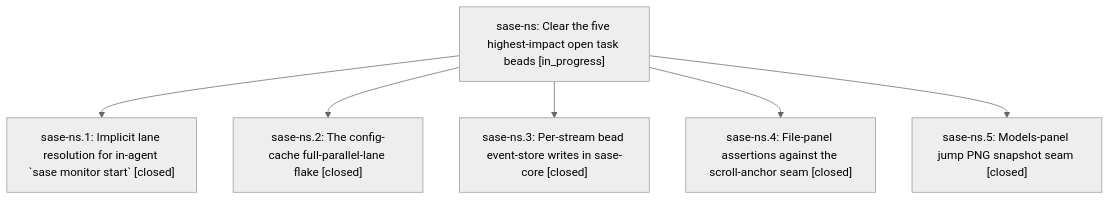
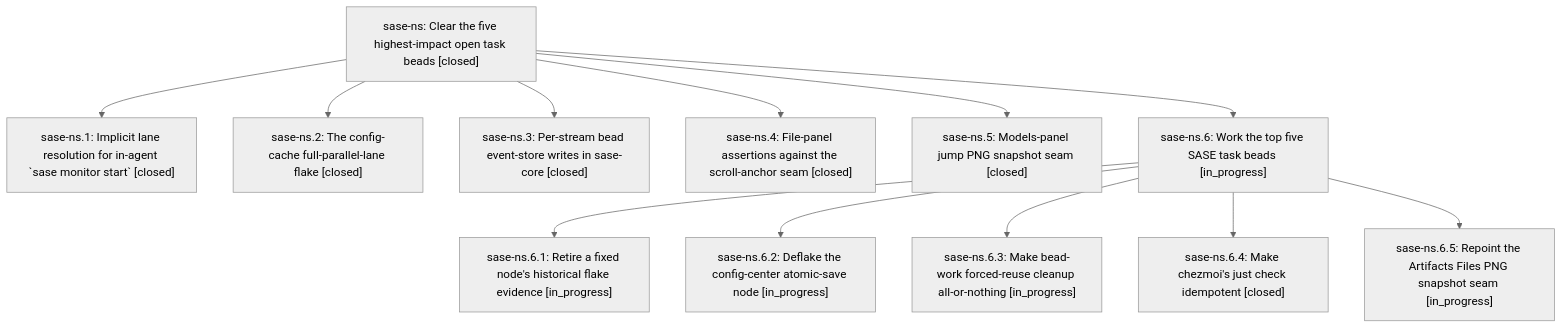
One commit to sase-org/sase--beads changed the diagram in pages/sase-ns/README.md. Above: the diagram before and after it, drawn with Mermaid (neutral theme). The commit also changed other lines of this file and 6 other files, not shown here.

First line of the commit message:
chore(beads): sync bead state and pages for sase-ns

````diff
--- a/pages/sase-ns/README.md
+++ b/pages/sase-ns/README.md
@@ -26,14 +62,26 @@
 ```mermaid
 flowchart TD
-    n0["sase-ns: Clear the five highest-impact open task beads [in_progress]"]
+    n0["sase-ns: Clear the five highest-impact open task beads [closed]"]
     n1["sase-ns.1: Implicit lane resolution for in-agent `sase monitor start` [closed]"]
     n2["sase-ns.2: The config-cache full-parallel-lane flake [closed]"]
     n3["sase-ns.3: Per-stream bead event-store writes in sase-core [closed]"]
     n4["sase-ns.4: File-panel assertions against the scroll-anchor seam [closed]"]
     n5["sase-ns.5: Models-panel jump PNG snapshot seam [closed]"]
+    n6["sase-ns.6: Work the top five SASE task beads [in_progress]"]
+    n7["sase-ns.6.1: Retire a fixed node's historical flake evidence [in_progress]"]
+    n8["sase-ns.6.2: Deflake the config-center atomic-save node [in_progress]"]
+    n9["sase-ns.6.3: Make bead-work forced-reuse cleanup all-or-nothing [in_progress]"]
+    n10["sase-ns.6.4: Make chezmoi's just check idempotent [closed]"]
+    n11["sase-ns.6.5: Repoint the Artifacts Files PNG snapshot seam [in_progress]"]
     n0 --> n1
     n0 --> n2
     n0 --> n3
     n0 --> n4
     n0 --> n5
+    n0 --> n6
+    n6 --> n7
+    n6 --> n8
+    n6 --> n9
+    n6 --> n10
+    n6 --> n11
 ```
````
